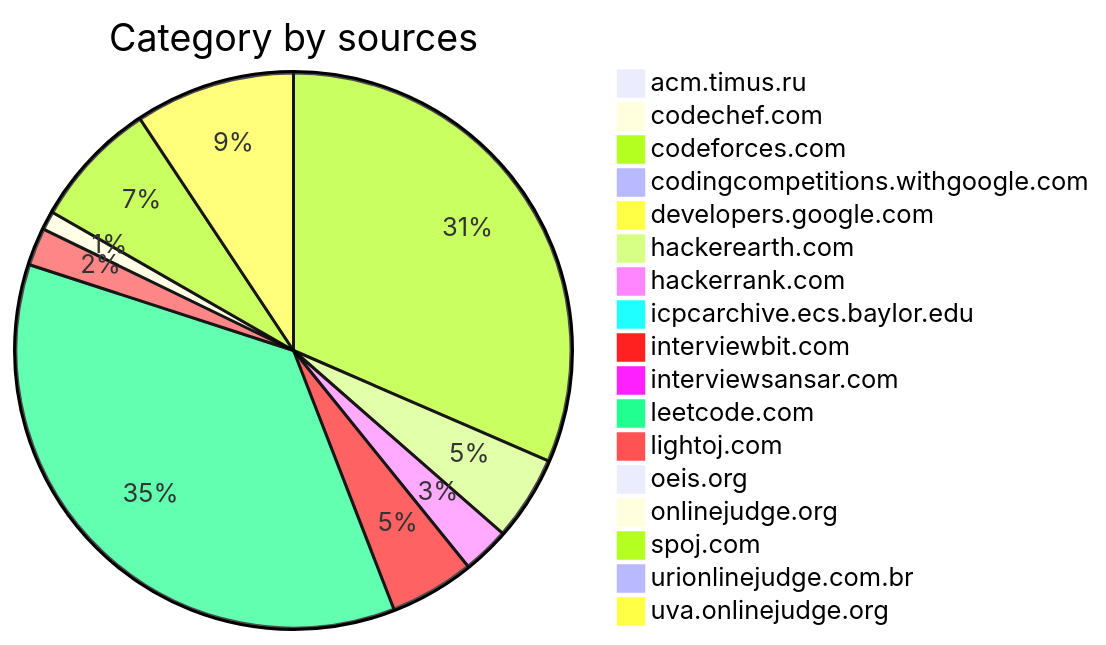
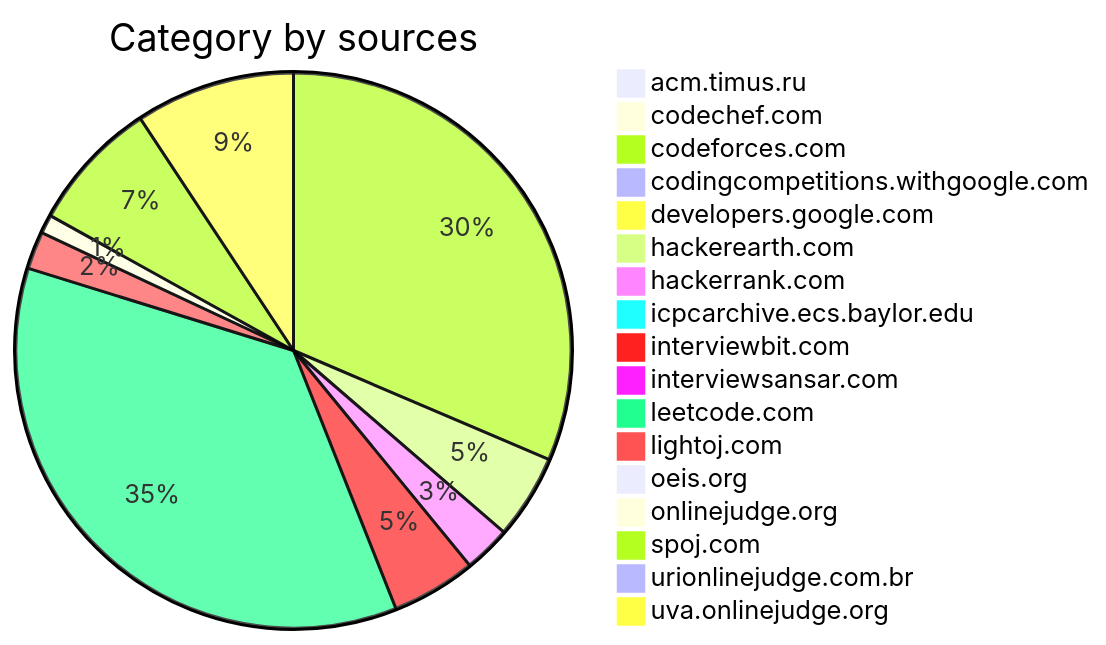
The diagram in README.md (hienmv/Problems-Solving), drawn with Mermaid before and after one commit. The commit also changed other lines of this file and 398 other files, not shown here.

````diff
--- a/README.md
+++ b/README.md
@@ -23,21 +23,21 @@
 ```mermaid
 pie
 	title Category by sources
 	"acm.timus.ru" : 1
 	"codechef.com" : 2
 	"codeforces.com" : 115
 	"codingcompetitions.withgoogle.com" : 1
 	"developers.google.com" : 1
 	"hackerearth.com" : 18
 	"hackerrank.com" : 10
 	"icpcarchive.ecs.baylor.edu" : 3
 	"interviewbit.com" : 18
 	"interviewsansar.com" : 1
 	"leetcode.com" : 131
 	"lightoj.com" : 8
 	"oeis.org" : 1
 	"onlinejudge.org" : 4
-	"spoj.com" : 27
+	"spoj.com" : 28
 	"urionlinejudge.com.br" : 2
 	"uva.onlinejudge.org" : 34
 ```
````
